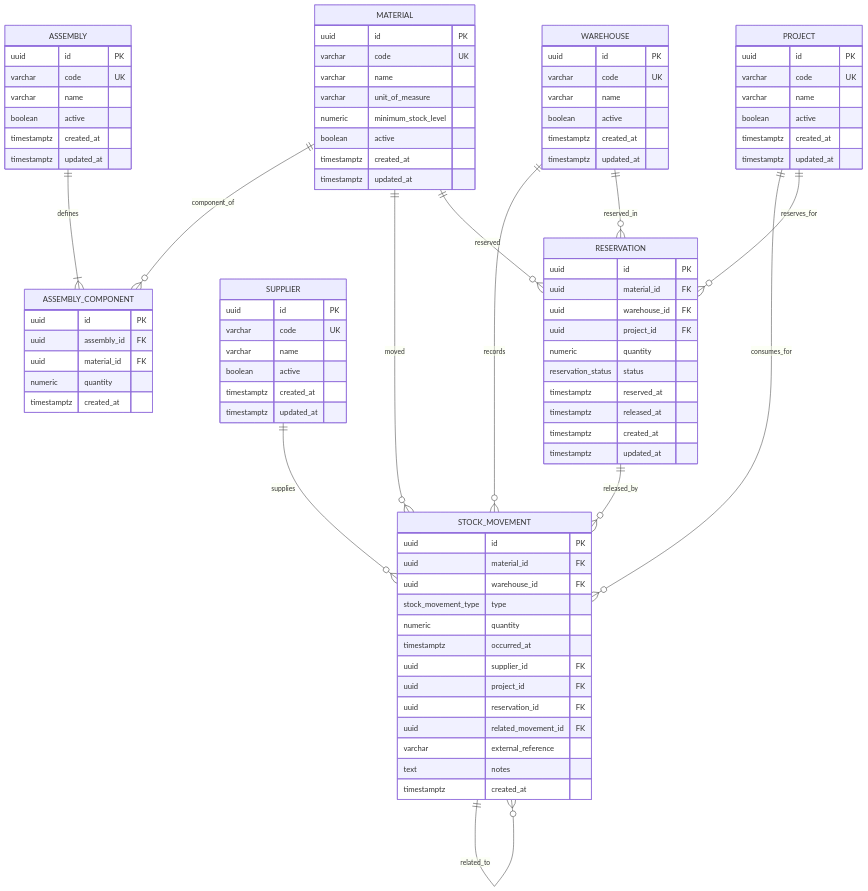
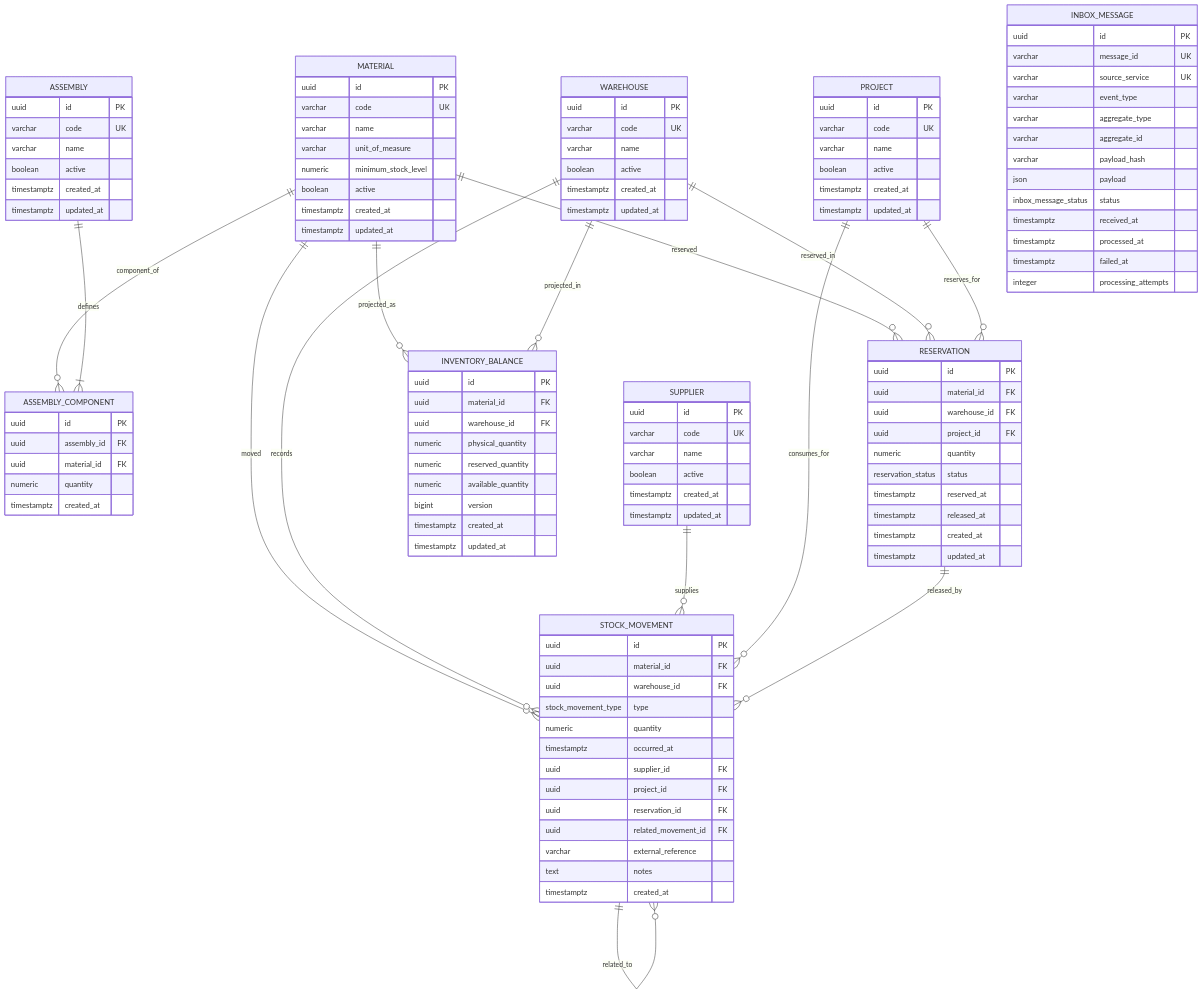
One commit to alexwarrior1991/mto-stock changed the diagram in docs/03-database.md. Above: the diagram before and after it, drawn with Mermaid. The commit also changed other lines of this file and 7 other files, not shown here.

````diff
--- a/docs/03-database.md
+++ b/docs/03-database.md
@@ -59,6 +81,8 @@
     MATERIAL ||--o{ RESERVATION : reserved
     WAREHOUSE ||--o{ RESERVATION : reserved_in
     PROJECT ||--o{ RESERVATION : reserves_for
+    MATERIAL ||--o{ INVENTORY_BALANCE : projected_as
+    WAREHOUSE ||--o{ INVENTORY_BALANCE : projected_in
 
     MATERIAL {
         uuid id PK
@@ -143,4 +167,32 @@
         timestamptz created_at
         timestamptz updated_at
     }
+
+    INVENTORY_BALANCE {
+        uuid id PK
+        uuid material_id FK
+        uuid warehouse_id FK
+        numeric physical_quantity
+        numeric reserved_quantity
+        numeric available_quantity
+        bigint version
+        timestamptz created_at
+        timestamptz updated_at
+    }
+
+    INBOX_MESSAGE {
+        uuid id PK
+        varchar message_id UK
+        varchar source_service UK
+        varchar event_type
+        varchar aggregate_type
+        varchar aggregate_id
+        varchar payload_hash
+        json payload
+        inbox_message_status status
+        timestamptz received_at
+        timestamptz processed_at
+        timestamptz failed_at
+        integer processing_attempts
+    }
 ```
````
